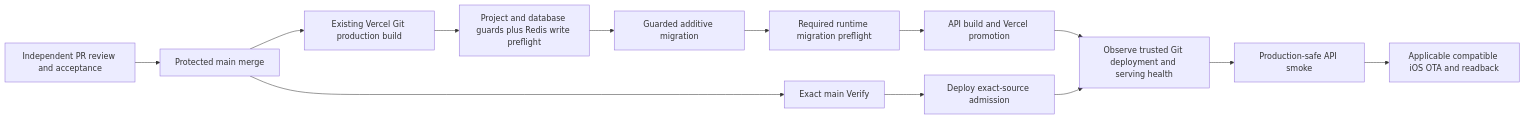
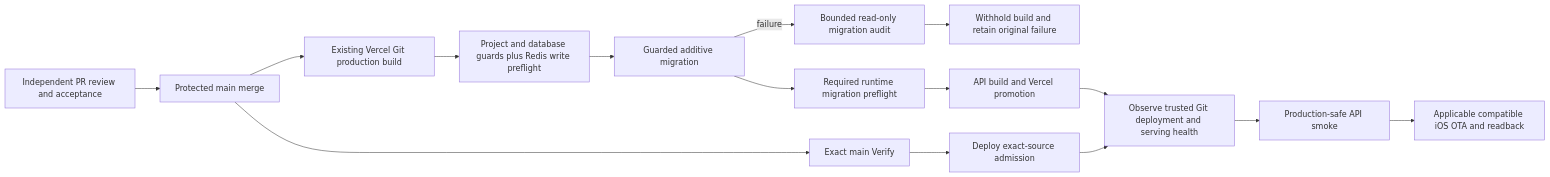
The diagram in docs/engineering/devops/routine-production.md (dgmolla/fitsy), drawn with Mermaid before and after one commit. The commit also changed other lines of this file and 6 other files, not shown here.

````diff
--- a/docs/engineering/devops/routine-production.md
+++ b/docs/engineering/devops/routine-production.md
@@ -8,15 +8,17 @@
 ```mermaid
 flowchart LR
     R[Independent PR review and acceptance] --> M[Protected main merge]
     M --> G[Existing Vercel Git production build]
     G --> P[Project and database guards plus Redis write preflight]
     P --> D[Guarded additive migration]
+    D -->|failure| F[Bounded read-only migration audit]
+    F --> H[Withhold build and retain original failure]
     D --> Q[Required runtime migration preflight]
     Q --> B[API build and Vercel promotion]
     M --> V[Exact main Verify]
     V --> A[Deploy exact-source admission]
     B --> O[Observe trusted Git deployment and serving health]
     A --> O
     O --> S[Production-safe API smoke]
     S --> E[Applicable compatible iOS OTA and readback]
 ```
````
